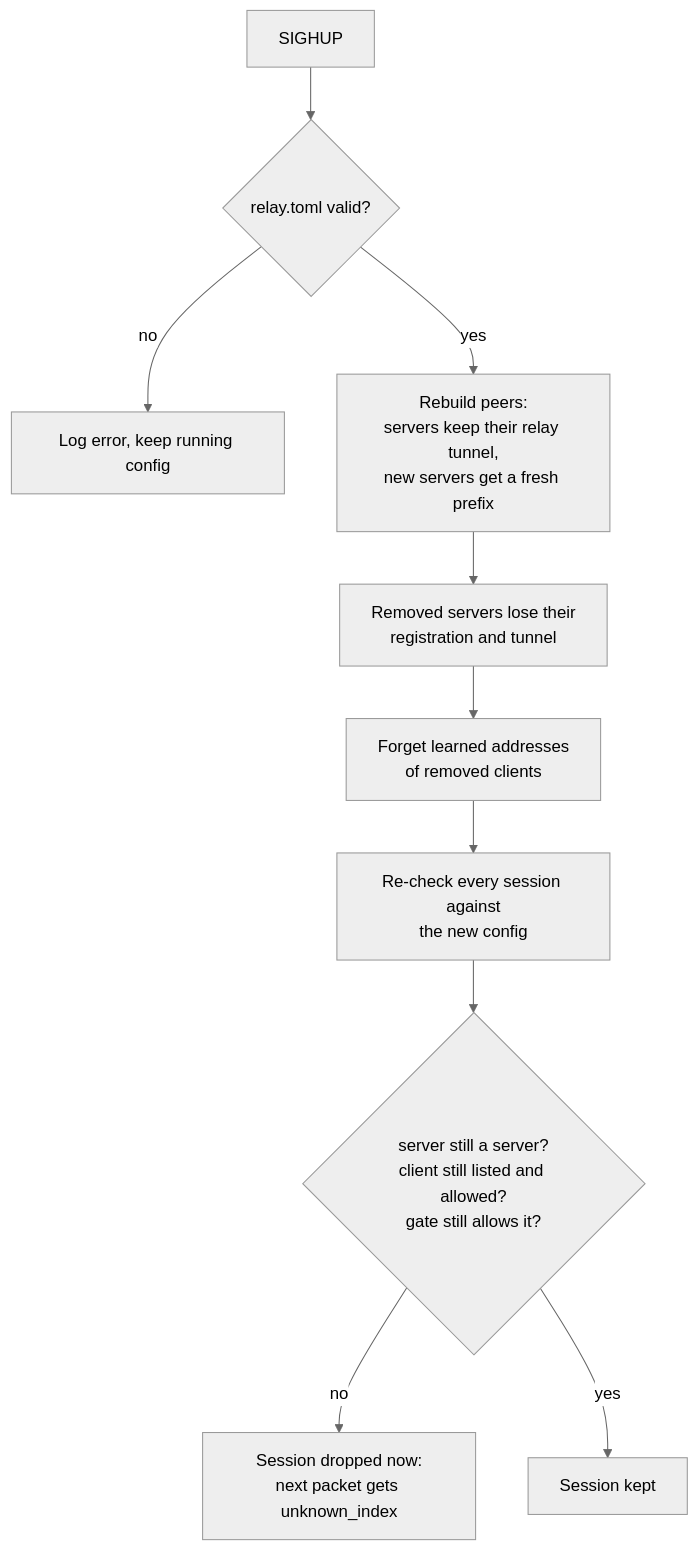
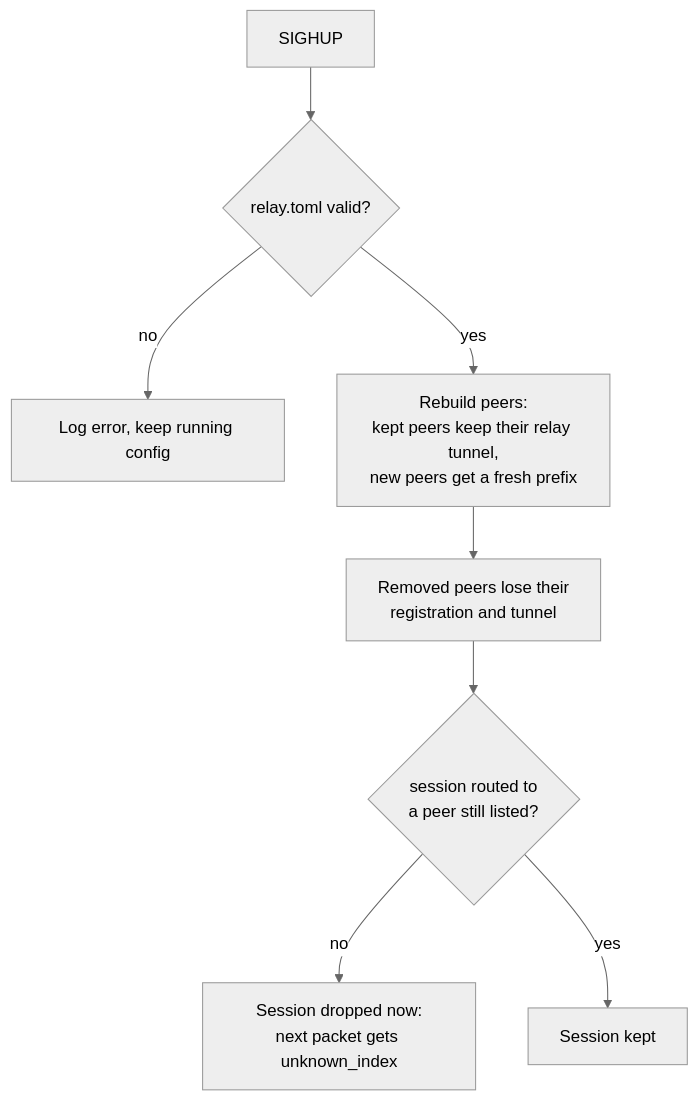
Before and after one commit to 3alpha/wg-relay: diagram 18 of 22 in docs/how-it-works.md, drawn with Mermaid (neutral theme). The commit also changed other lines of this file and 16 other files, not shown here.

First line of the commit message:
feat(config)!: replace servers, clients and gates with one peer list

````diff
--- a/docs/how-it-works.md
+++ b/docs/how-it-works.md
@@ -564,12 +557,10 @@
 ```mermaid
 flowchart TD
     A["SIGHUP"] --> B{"relay.toml valid?"}
     B -- no --> K["Log error, keep running config"]
-    B -- yes --> C["Rebuild peers:<br/>servers keep their relay tunnel,<br/>new servers get a fresh prefix"]
-    C --> D["Removed servers lose their<br/>registration and tunnel"]
-    D --> E["Forget learned addresses<br/>of removed clients"]
-    E --> F["Re-check every session against<br/>the new config"]
-    F --> G{"server still a server?<br/>client still listed and allowed?<br/>gate still allows it?"}
+    B -- yes --> C["Rebuild peers:<br/>kept peers keep their relay tunnel,<br/>new peers get a fresh prefix"]
+    C --> D["Removed peers lose their<br/>registration and tunnel"]
+    D --> G{"session routed to<br/>a peer still listed?"}
     G -- no --> H["Session dropped now:<br/>next packet gets unknown_index"]
     G -- yes --> I["Session kept"]
 ```
````
